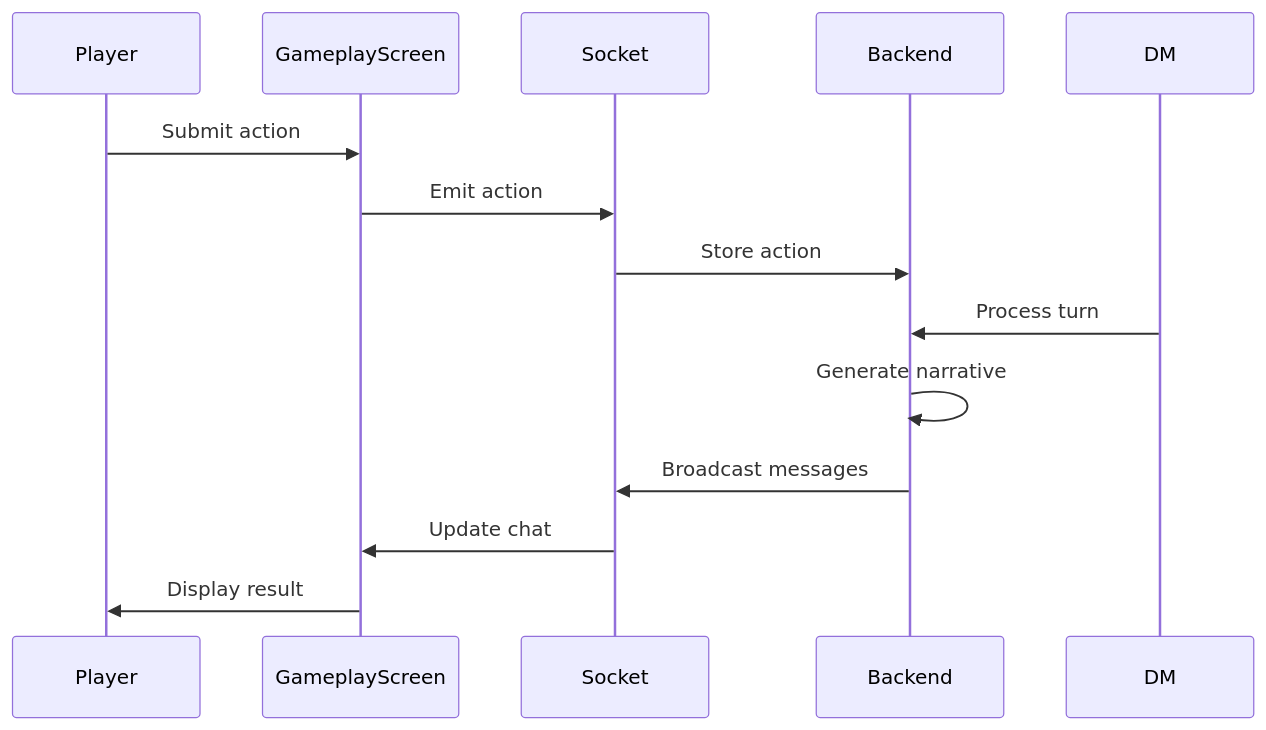
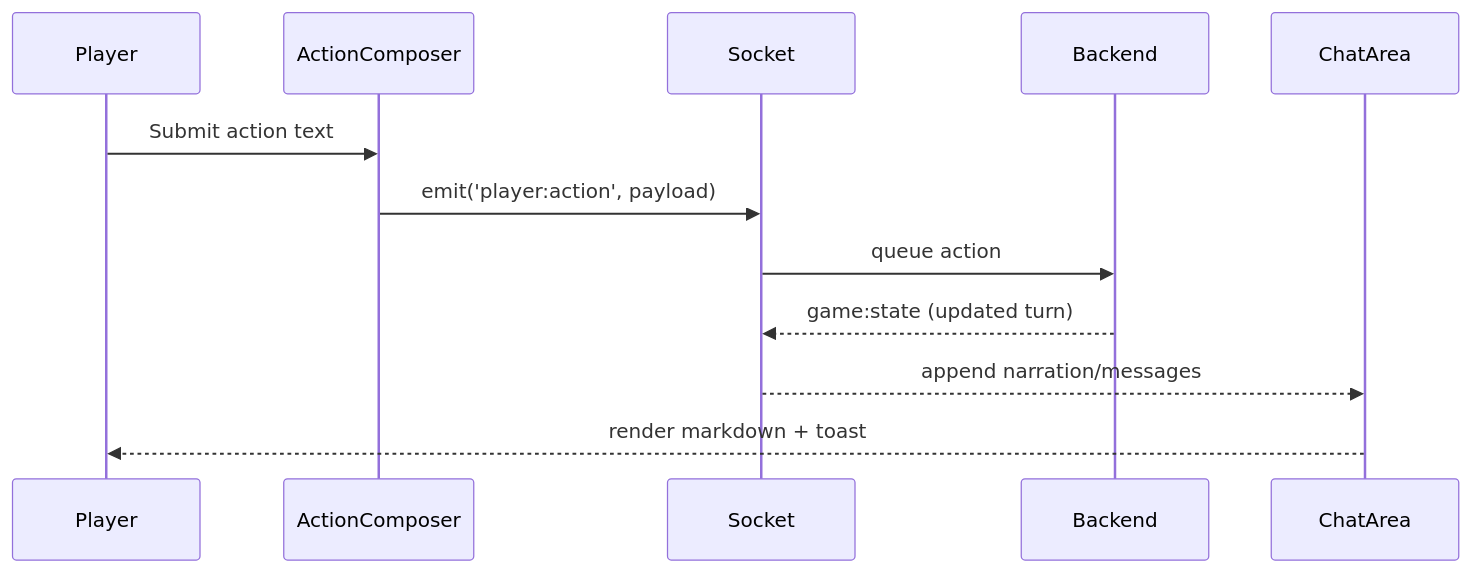
The second of 3 diagrams in frontend/src/components/game/README.md (lguibr/daicer), drawn with Mermaid before and after one commit. The commit also changed other lines of this file and 150 other files, not shown here.

````diff
--- a/frontend/src/components/game/README.md
+++ b/frontend/src/components/game/README.md
@@ -197,18 +83,15 @@
 ```mermaid
 sequenceDiagram
     participant Player
-    participant GameplayScreen
+    participant ActionComposer
     participant Socket
     participant Backend
-    participant DM
+    participant ChatArea
 
-    Player->>GameplayScreen: Submit action
-    GameplayScreen->>Socket: Emit action
-    Socket->>Backend: Store action
-
-    DM->>Backend: Process turn
-    Backend->>Backend: Generate narrative
-    Backend->>Socket: Broadcast messages
-    Socket->>GameplayScreen: Update chat
-    GameplayScreen->>Player: Display result
+    Player->>ActionComposer: Submit action text
+    ActionComposer->>Socket: emit('player:action', payload)
+    Socket->>Backend: queue action
+    Backend-->>Socket: game:state (updated turn)
+    Socket-->>ChatArea: append narration/messages
+    ChatArea-->>Player: render markdown + toast
 ```
````
